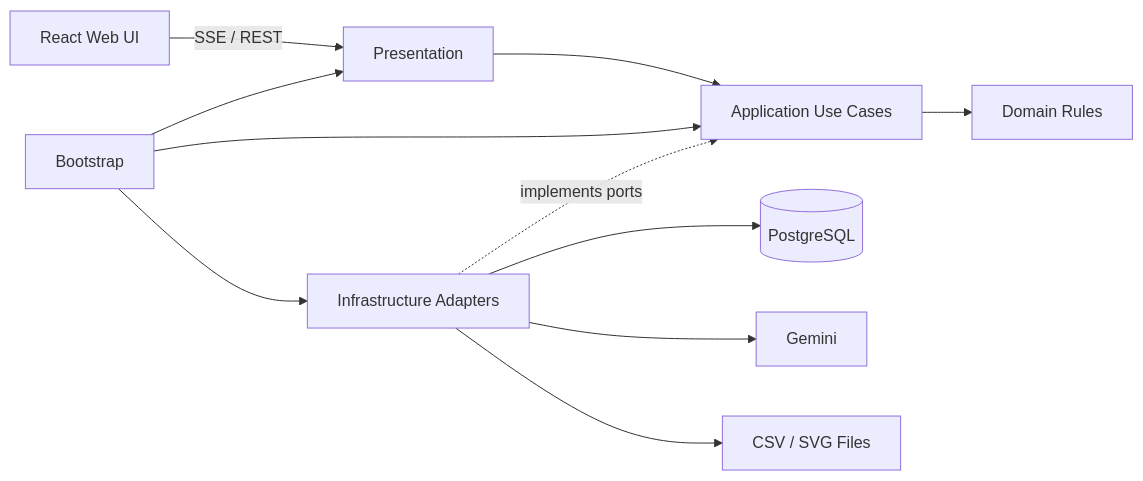
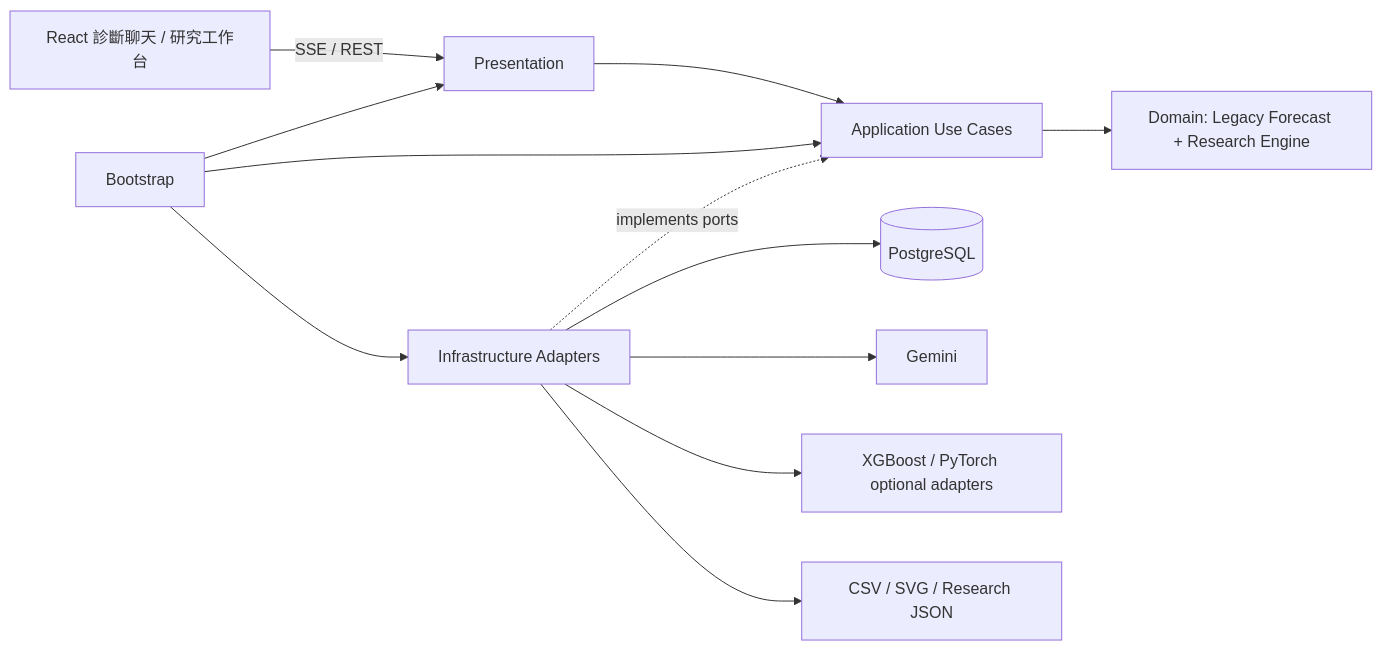
Before and after one commit to programmerKB/Edge-mind: the diagram in README.md, drawn with Mermaid. The commit also changed other lines of this file and 57 other files, not shown here.

````diff
--- a/README.md
+++ b/README.md
@@ -153,13 +213,14 @@
 ```mermaid
 flowchart LR
-    UI[React Web UI] -->|SSE / REST| P[Presentation]
+    UI[React 診斷聊天 / 研究工作台] -->|SSE / REST| P[Presentation]
     P --> A[Application Use Cases]
-    A --> D[Domain Rules]
+    A --> D[Domain: Legacy Forecast + Research Engine]
     I[Infrastructure Adapters] -. implements ports .-> A
     I --> DB[(PostgreSQL)]
     I --> G[Gemini]
-    I --> FS[CSV / SVG Files]
+    I --> ML[XGBoost / PyTorch optional adapters]
+    I --> FS[CSV / SVG / Research JSON]
     B[Bootstrap] --> P
     B --> A
     B --> I
 ```
````
